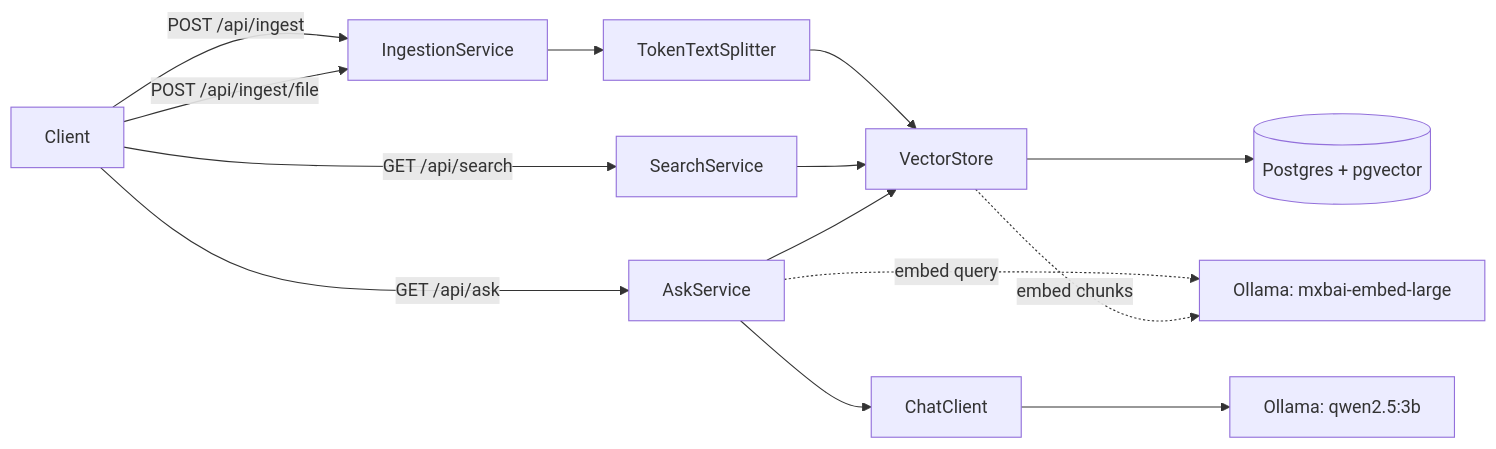
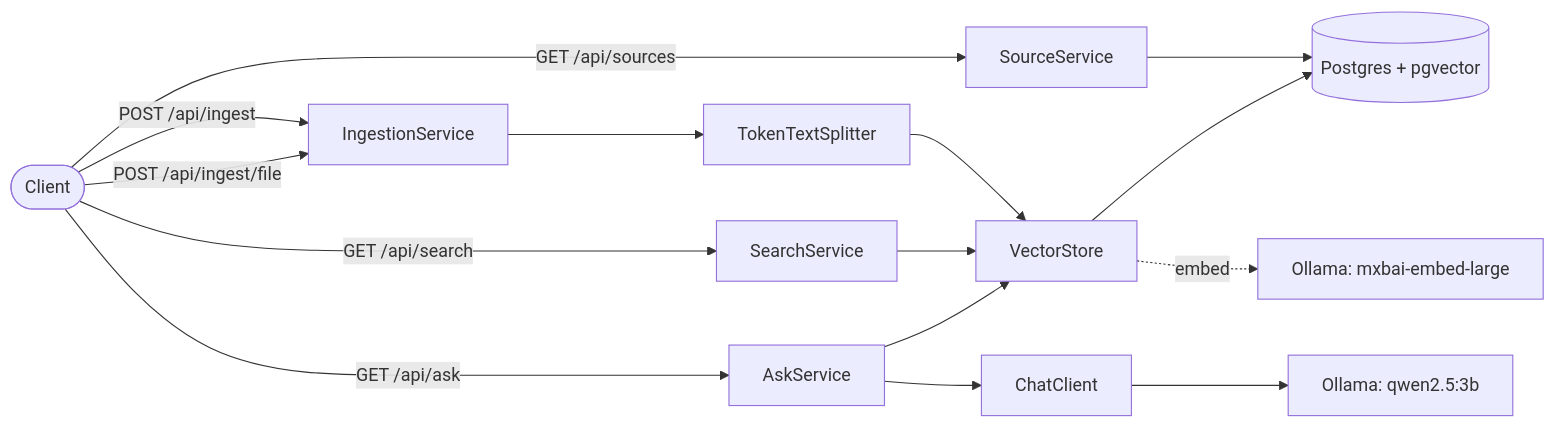
The diagram in README.md (rickysurya/commonplace), drawn with Mermaid before and after one commit. The commit also changed other lines of this file, not shown here.

Commit message:
docs(readme): fix mermaid diagram and add source endpoints

````diff
--- a/README.md
+++ b/README.md
@@ -14,18 +14,24 @@
 ```mermaid
 flowchart LR
-    A[Client] -->|POST /api/ingest| B[IngestionService]
-    A -->|POST /api/ingest/file| B
-    B --> C[TokenTextSplitter]
-    C --> D[VectorStore]
-    D --> E[(Postgres + pgvector)]
+    Client([Client])
 
-    A -->|GET /api/search| F[SearchService]
-    F --> D
+    Client -->|POST /api/ingest| Ingest[IngestionService]
+    Client -->|POST /api/ingest/file| Ingest
+    Ingest --> Splitter[TokenTextSplitter]
+    Splitter --> VS[VectorStore]
 
-    A -->|GET /api/ask| G[AskService]
-    G --> D
-    G --> H[ChatClient]
-    H --> I[Ollama: qwen2.5:3b]
-    G -.->|embed query| J[Ollama: mxbai-embed-large]
-    D -.->|embed chunks| J
+    Client -->|GET /api/search| Search[SearchService]
+    Search --> VS
+
+    Client -->|GET /api/ask| Ask[AskService]
+    Ask --> VS
+    Ask --> Chat[ChatClient]
+
+    Client -->|GET /api/sources| Sources[SourceService]
+    Sources --> PG[(Postgres + pgvector)]
+
+    VS --> PG
+    VS -.->|embed| OllamaEmb[Ollama: mxbai-embed-large]
+    Chat --> OllamaChat[Ollama: qwen2.5:3b]
+
 ```
````
